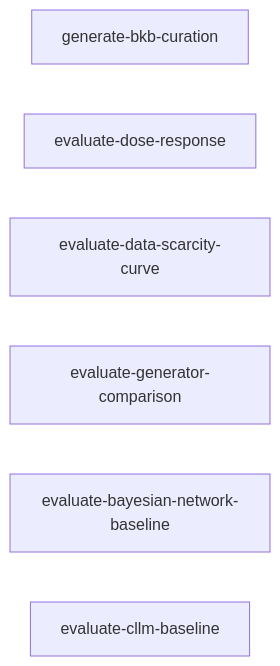
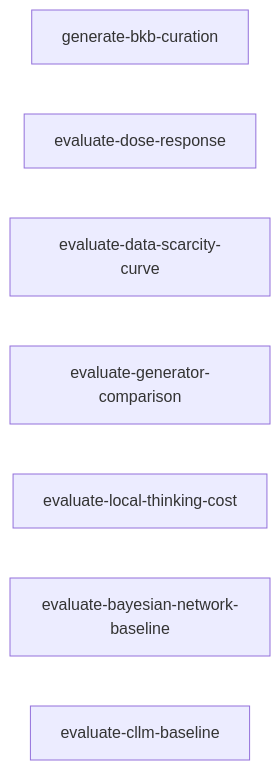
One commit to joe-dartmouth/synthetic changed the diagram in tasks/experiments-index.md. Above: the diagram before and after it, drawn with Mermaid. The commit also changed other lines of this file and 18 other files, not shown here.

````diff
--- a/tasks/experiments-index.md
+++ b/tasks/experiments-index.md
@@ -35,9 +36,10 @@
 ```mermaid
 flowchart LR
     bkb_curation[generate-bkb-curation]
     dose_response[evaluate-dose-response]
     scarcity_curve[evaluate-data-scarcity-curve]
     generator_comparison[evaluate-generator-comparison]
+    local_thinking[evaluate-local-thinking-cost]
     bn_baseline[evaluate-bayesian-network-baseline]
     cllm_baseline[evaluate-cllm-baseline]
 ```
````
